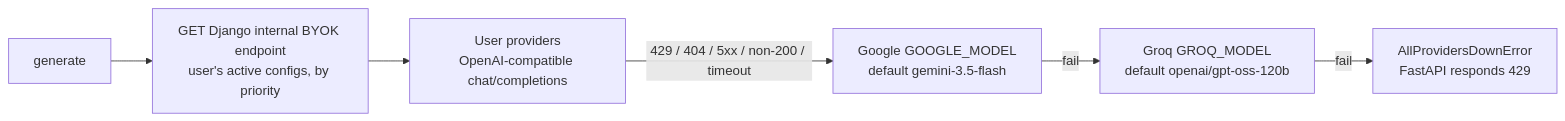
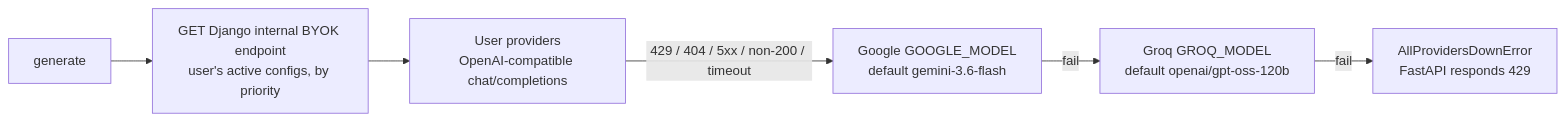
The fourth of 9 diagrams in docs/SYSTEM_ARCHITECTURE.md (muhammedsiinanmp/Devmind), drawn with Mermaid before and after one commit. The commit also changed other lines of this file and 2 other files, not shown here.

Commit message:
Document the Gemini model default, BYOK temperature and providers-check warnings

````diff
--- a/docs/SYSTEM_ARCHITECTURE.md
+++ b/docs/SYSTEM_ARCHITECTURE.md
@@ -317,8 +317,8 @@
 ```mermaid
 flowchart LR
     A[generate] --> B[GET Django internal BYOK endpoint<br/>user's active configs, by priority]
     B --> C[User providers<br/>OpenAI-compatible chat/completions]
-    C -->|429 / 404 / 5xx / non-200 / timeout| D[Google GOOGLE_MODEL<br/>default gemini-3.5-flash]
+    C -->|429 / 404 / 5xx / non-200 / timeout| D[Google GOOGLE_MODEL<br/>default gemini-3.6-flash]
     D -->|fail| E[Groq GROQ_MODEL<br/>default openai/gpt-oss-120b]
     E -->|fail| G[AllProvidersDownError<br/>FastAPI responds 429]
 ```
````
